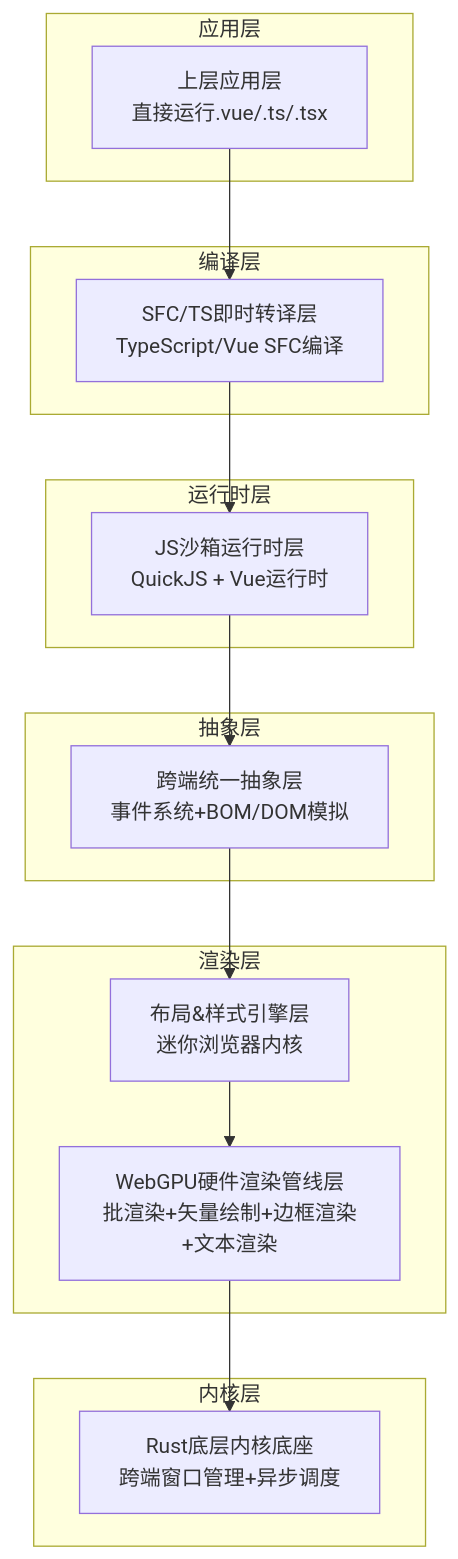
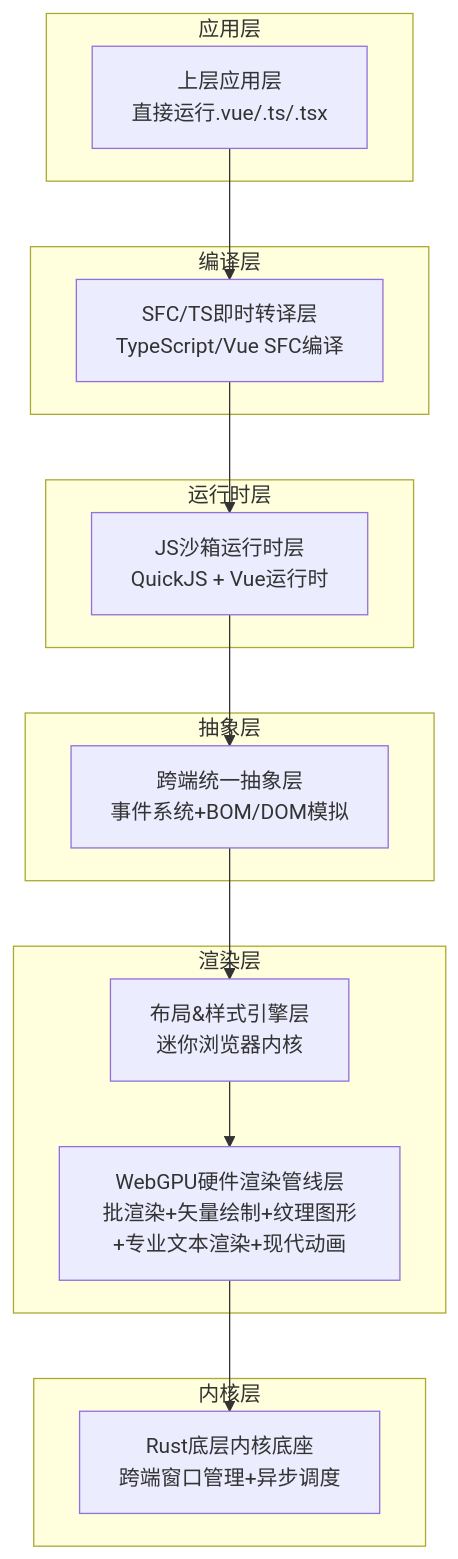
Before and after one commit to itszzl-sudo/iris: the first of 22 diagrams in .qoder/repowiki/zh/content/核心功能特性/自研浏览器级渲染能力.md, drawn with Mermaid. The commit also changed other lines of this file and 4 other files, not shown here.

````diff
--- a/.qoder/repowiki/zh/content/核心功能特性/自研浏览器级渲染能力.md
+++ b/.qoder/repowiki/zh/content/核心功能特性/自研浏览器级渲染能力.md
@@ -48,23 +51,23 @@
 ```mermaid
 graph TB
 subgraph "应用层"
 App[上层应用层<br/>直接运行.vue/.ts/.tsx]
 end
 subgraph "编译层"
 SFC[SFC/TS即时转译层<br/>TypeScript/Vue SFC编译]
 end
 subgraph "运行时层"
 JS[JS沙箱运行时层<br/>QuickJS + Vue运行时]
 end
 subgraph "抽象层"
 Cross[跨端统一抽象层<br/>事件系统+BOM/DOM模拟]
 end
 subgraph "渲染层"
 Layout[布局&样式引擎层<br/>迷你浏览器内核]
-GPU[WebGPU硬件渲染管线层<br/>批渲染+矢量绘制+边框渲染+文本渲染]
+GPU[WebGPU硬件渲染管线层<br/>批渲染+矢量绘制+纹理图形+专业文本渲染+现代动画]
 end
 subgraph "内核层"
 Kernel[Rust底层内核底座<br/>跨端窗口管理+异步调度]
 end
 App --> SFC --> JS --> Cross --> Layout --> GPU --> Kernel
 ```
````
